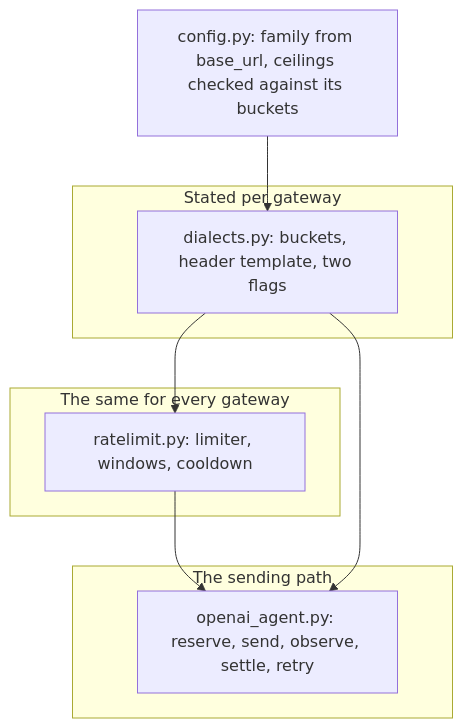
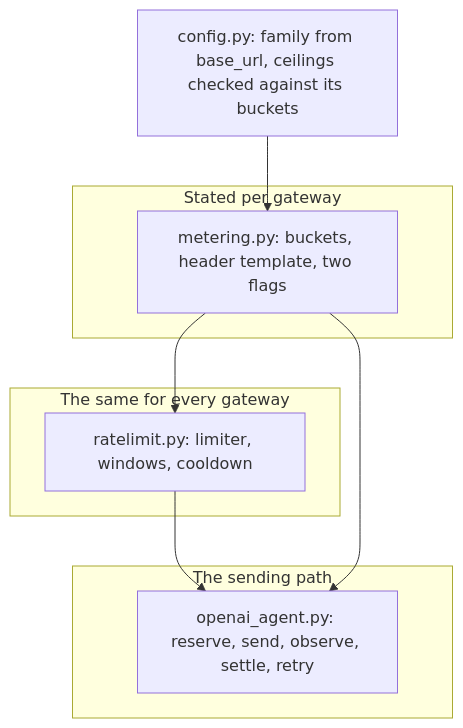
The fourth of 4 diagrams in docs/rate-limits.md (axazeano/Roboviewer), drawn with Mermaid before and after one commit. The commit also changed other lines of this file and 8 other files, not shown here.

First line of the commit message:
Name the subsystem after what it does: metering, not dialects

````diff
--- a/docs/rate-limits.md
+++ b/docs/rate-limits.md
@@ -231,19 +231,19 @@
 ```mermaid
 flowchart TD
     CFG["config.py: family from base_url, ceilings checked against its buckets"]
 
     subgraph differs ["Stated per gateway"]
-        D["dialects.py: buckets, header template, two flags"]
+        D["metering.py: buckets, header template, two flags"]
     end
     subgraph same ["The same for every gateway"]
         RL["ratelimit.py: limiter, windows, cooldown"]
     end
     subgraph edge ["The sending path"]
         RUN["openai_agent.py: reserve, send, observe, settle, retry"]
     end
 
     CFG --> D
     D --> RL
     RL --> RUN
     D --> RUN
 ```
````
